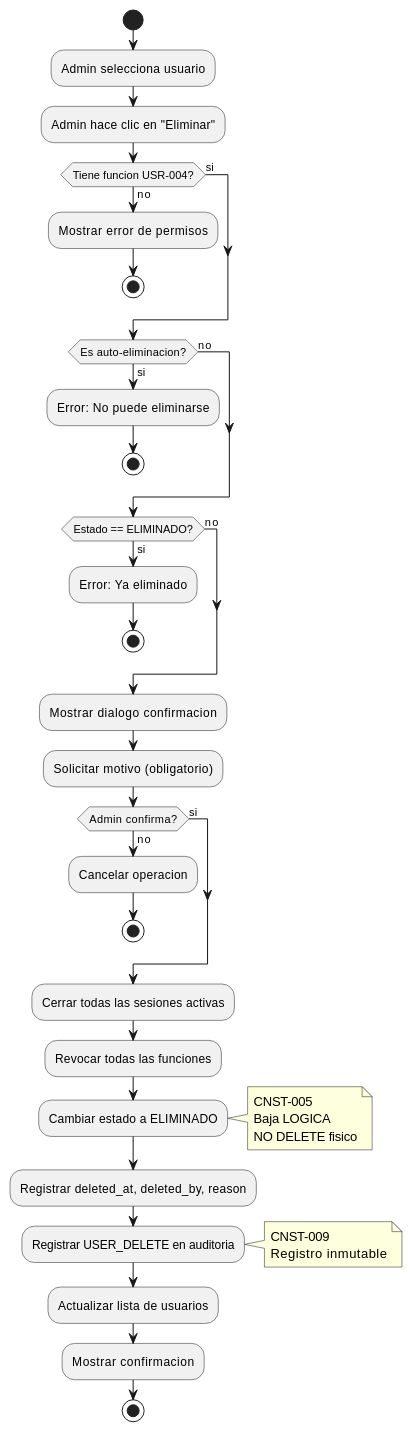
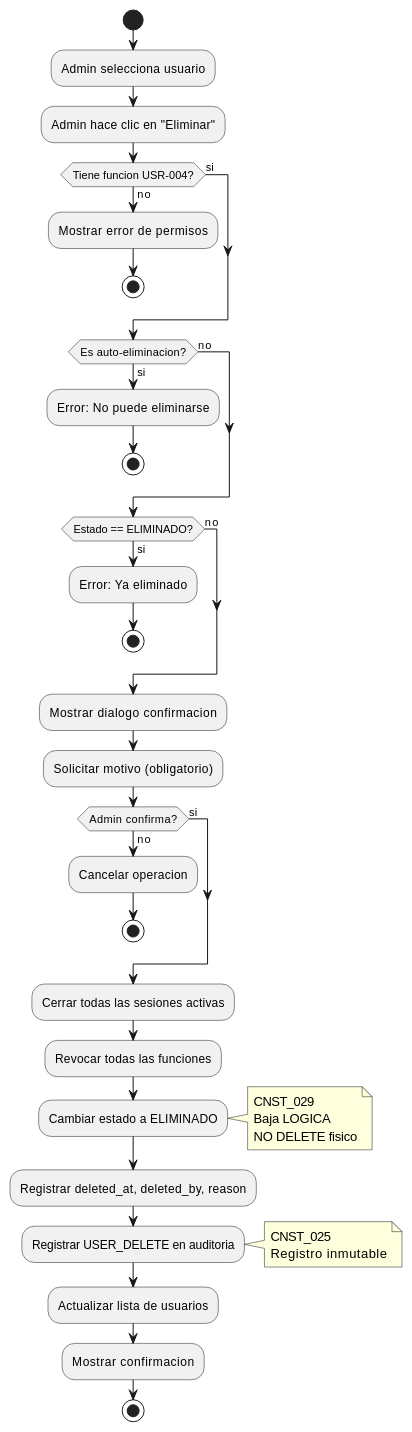
The third of 3 diagrams in source/requisitos/casos_uso/users/UC_USR_04_Eliminar_Usuario.rst (jcg-admin/IACT-docs), drawn with PlantUML before and after one commit. The commit also changed other lines of this file and 67 other files, not shown here.

```diff
--- a/source/requisitos/casos_uso/users/UC_USR_04_Eliminar_Usuario.rst
+++ b/source/requisitos/casos_uso/users/UC_USR_04_Eliminar_Usuario.rst
@@ -439,64 +439,64 @@
 .. uml::
    :caption: Diagrama de Actividad - UC_USR_04
 
    @startuml
 
    start
 
    :Admin selecciona usuario;
 
    :Admin hace clic en "Eliminar";
 
    if (Tiene funcion USR-004?) then (no)
      :Mostrar error de permisos;
      stop
    else (si)
    endif
 
    if (Es auto-eliminacion?) then (si)
      :Error: No puede eliminarse;
      stop
    else (no)
    endif
 
    if (Estado == ELIMINADO?) then (si)
      :Error: Ya eliminado;
      stop
    else (no)
    endif
 
    :Mostrar dialogo confirmacion;
    :Solicitar motivo (obligatorio);
 
    if (Admin confirma?) then (no)
      :Cancelar operacion;
      stop
    else (si)
    endif
 
    :Cerrar todas las sesiones activas;
 
    :Revocar todas las funciones;
 
    :Cambiar estado a ELIMINADO;
    note right
-     CNST-005
+     CNST_029
      Baja LOGICA
      NO DELETE fisico
    end note
 
    :Registrar deleted_at, deleted_by, reason;
 
    :Registrar USER_DELETE en auditoria;
    note right
-     CNST-009
+     CNST_025
      Registro inmutable
    end note
 
    :Actualizar lista de usuarios;
 
    :Mostrar confirmacion;
 
    stop
 
    @enduml
```
